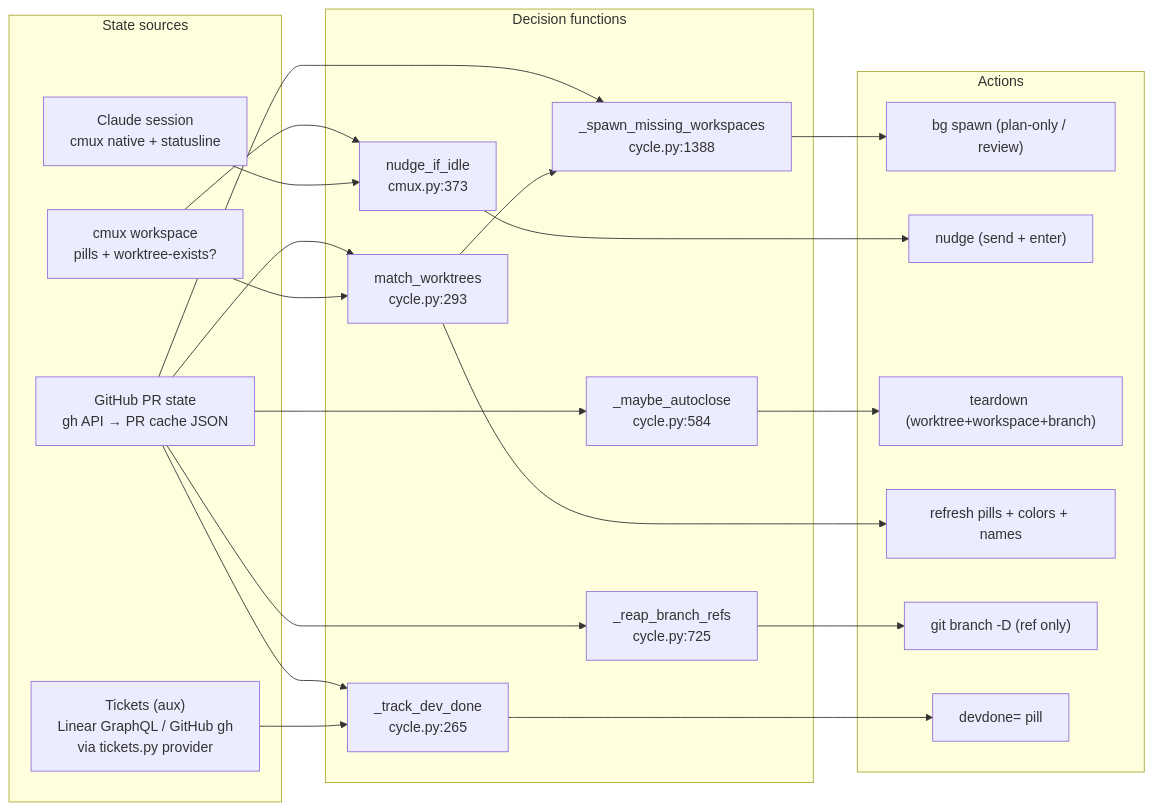
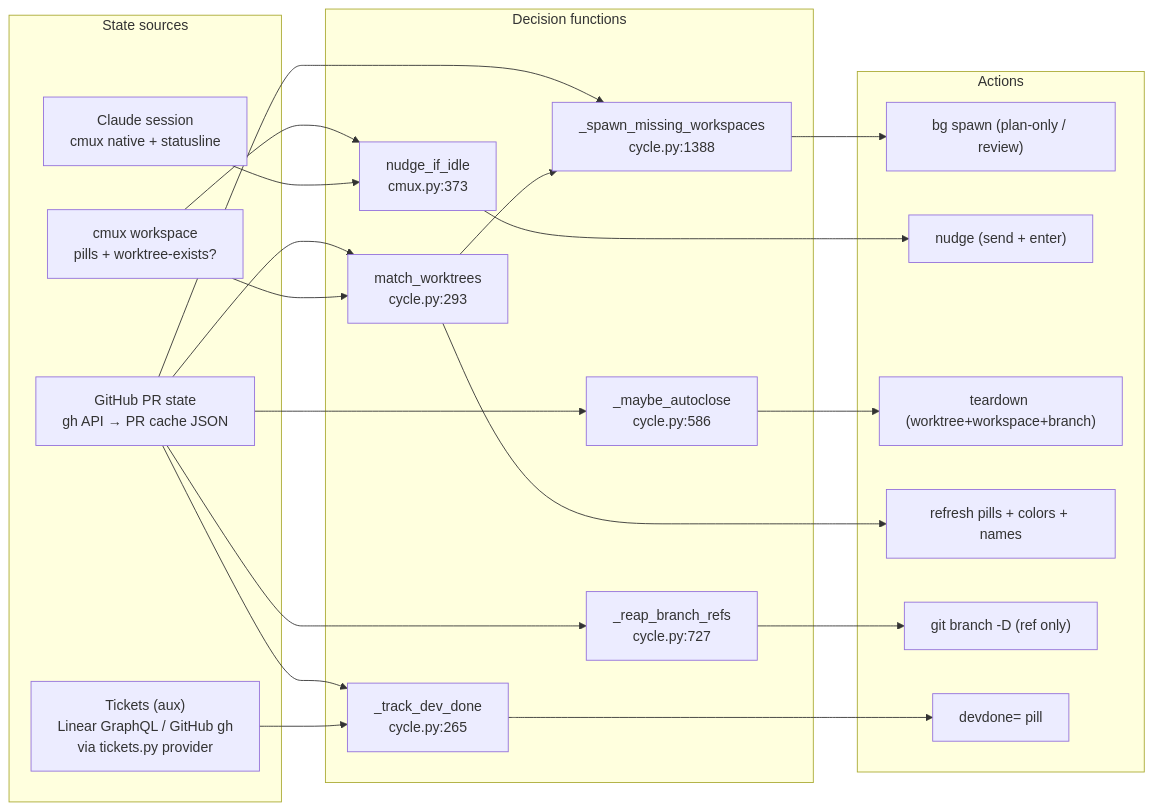
The first of 5 diagrams in docs/state-machine.md (khivi/cockpit), drawn with Mermaid before and after one commit. The commit also changed other lines of this file and 7 other files, not shown here.

````diff
--- a/docs/state-machine.md
+++ b/docs/state-machine.md
@@ -26,41 +26,41 @@
 ```mermaid
 flowchart LR
   subgraph SRC["State sources"]
     GH["GitHub PR state<br/>gh API → PR cache JSON"]
     CL["Claude session<br/>cmux native + statusline"]
     CM["cmux workspace<br/>pills + worktree-exists?"]
     LIN["Tickets (aux)<br/>Linear GraphQL / GitHub gh<br/>via tickets.py provider"]
   end
 
   subgraph DEC["Decision functions"]
     MW["match_worktrees<br/>cycle.py:293"]
     SM["_spawn_missing_workspaces<br/>cycle.py:1388"]
     NI["nudge_if_idle<br/>cmux.py:373"]
     DD["_track_dev_done<br/>cycle.py:265"]
-    AC["_maybe_autoclose<br/>cycle.py:584"]
-    BR["_reap_branch_refs<br/>cycle.py:725"]
+    AC["_maybe_autoclose<br/>cycle.py:586"]
+    BR["_reap_branch_refs<br/>cycle.py:727"]
   end
 
   subgraph ACT["Actions"]
     A1["bg spawn (plan-only / review)"]
     A2["nudge (send + enter)"]
     A4["teardown (worktree+workspace+branch)"]
     A5["refresh pills + colors + names"]
     A6["git branch -D (ref only)"]
     A7["devdone= pill"]
   end
 
   GH --> MW & SM & AC & BR
   GH --> DD
   CM --> MW & NI
   CL --> NI
   LIN --> DD
 
   MW --> SM
   SM --> A1
   NI --> A2
   AC --> A4
   MW --> A5
   BR --> A6
   DD --> A7
 ```
````
